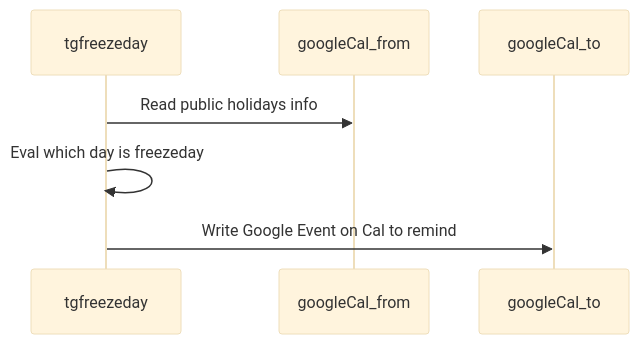
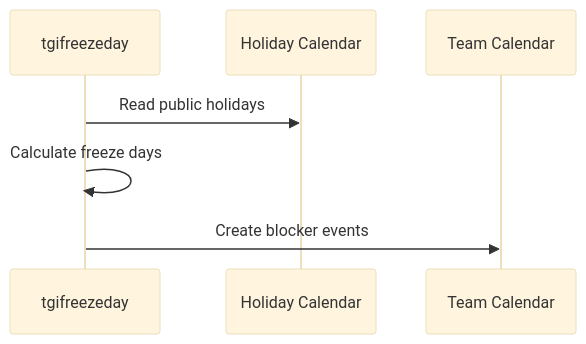
Before and after one commit to nvatuan/tgifreezeday: the diagram in README.md, drawn with Mermaid (base theme). The commit also changed other lines of this file and 2 other files, not shown here.

````diff
--- a/README.md
+++ b/README.md
@@ -12,10 +17,10 @@
 ```mermaid
 sequenceDiagram
-    participant tgfreezeday
-    participant googleCal_from
-    participant googleCal_to
+    participant App as tgifreezeday
+    participant Source as Holiday Calendar
+    participant Target as Team Calendar
 
-    tgfreezeday->>googleCal_from: Read public holidays info
-    tgfreezeday->>tgfreezeday: Eval which day is freezeday
-    tgfreezeday->>googleCal_to: Write Google Event on Cal to remind
+    App->>Source: Read public holidays
+    App->>App: Calculate freeze days
+    App->>Target: Create blocker events
 ```
````
